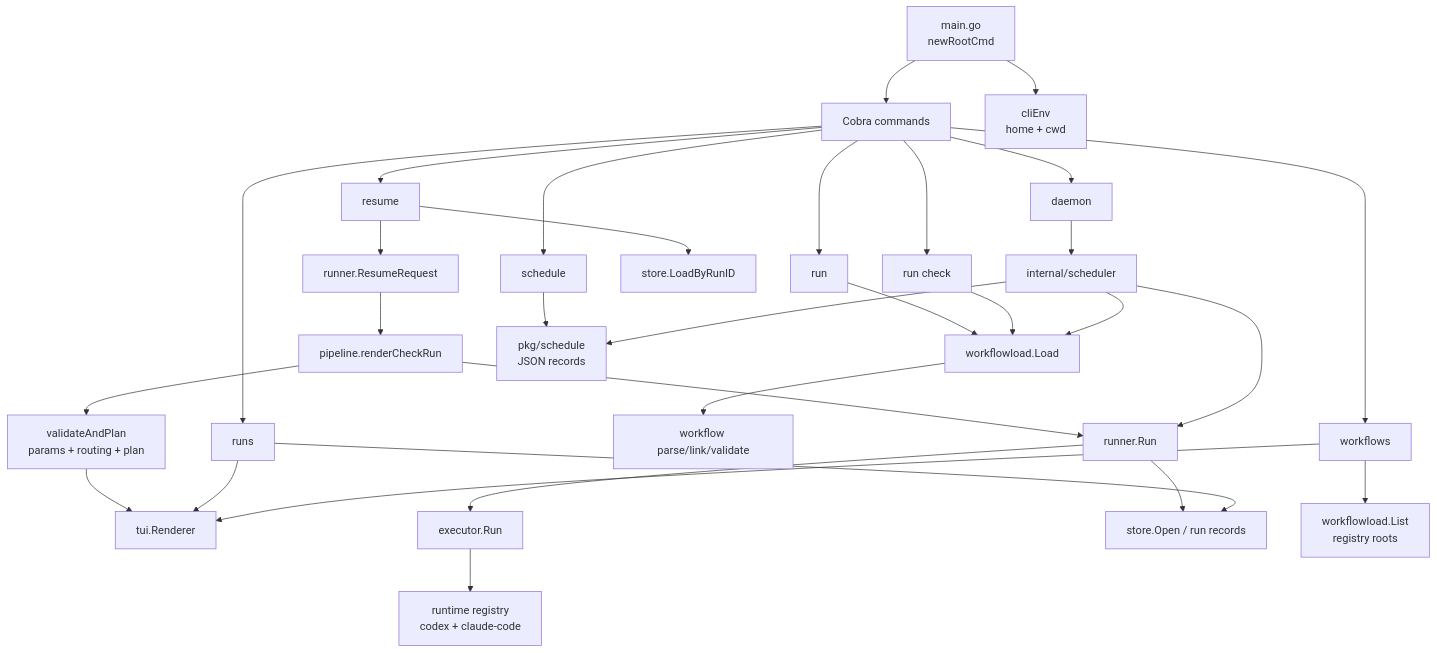
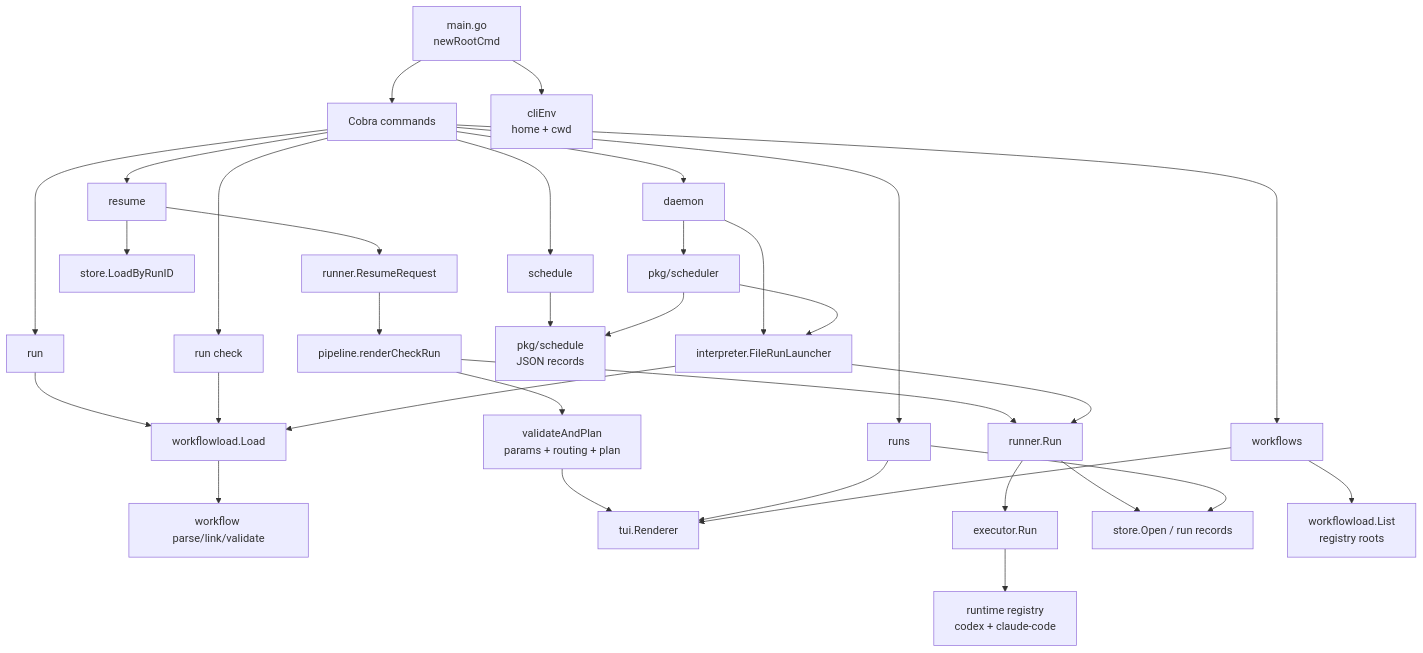
Before and after one commit to mcuste/loom: the first of 4 diagrams in docs/cmd-loom-implementation.md, drawn with Mermaid. The commit also changed other lines of this file and 32 other files, not shown here.

Commit message:
[workflow][executor][scheduler] split interpreter and scheduler contexts

````diff
--- a/docs/cmd-loom-implementation.md
+++ b/docs/cmd-loom-implementation.md
@@ -6,40 +6,42 @@
 ```mermaid
 flowchart TD
   A["main.go<br/>newRootCmd"] --> B["Cobra commands"]
   A --> C["cliEnv<br/>home + cwd"]
 
   B --> R["run"]
   B --> CH["run check"]
   B --> RE["resume"]
   B --> RS["runs"]
   B --> WF["workflows"]
   B --> SC["schedule"]
   B --> D["daemon"]
 
   R --> L["workflowload.Load"]
   CH --> L
   RE --> ST["store.LoadByRunID"]
   RE --> RR["runner.ResumeRequest"]
   RR --> P["pipeline.renderCheckRun"]
 
   L --> W["workflow parse/link/validate"]
   P --> VP["validateAndPlan<br/>params + routing + plan"]
   VP --> TUI["tui.Renderer"]
   P --> RUN["runner.Run"]
 
   RUN --> EX["executor.Run"]
   RUN --> STORE["store.Open / run records"]
   EX --> RT["runtime registry<br/>codex + claude-code"]
 
   RS --> STORE
   RS --> TUI
 
   WF --> REG["workflowload.List<br/>registry roots"]
   WF --> TUI
 
   SC --> SCHED["pkg/schedule<br/>JSON records"]
-  D --> IS["internal/scheduler"]
+  D --> IS["pkg/scheduler"]
+  D --> INT["interpreter.FileRunLauncher"]
   IS --> SCHED
-  IS --> L
-  IS --> RUN
+  IS --> INT
+  INT --> L
+  INT --> RUN
 ```
````
